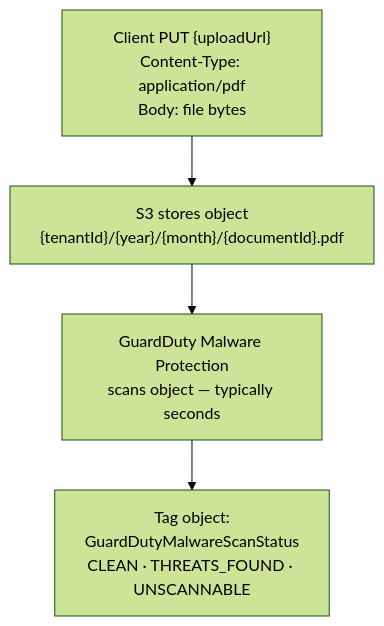
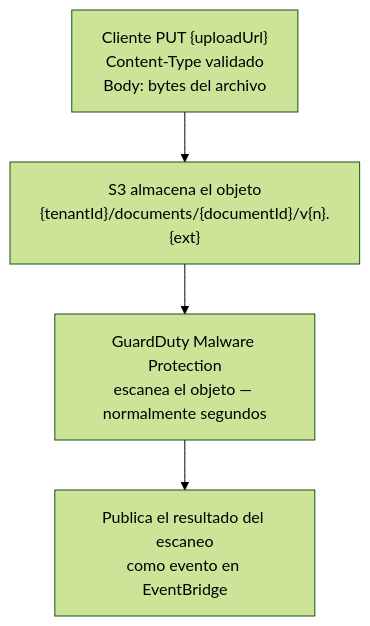
The third of 6 diagrams in docs/data-flow.md (cincuentaydos/DocLens.Docs), drawn with Mermaid (forest theme) before and after one commit. The commit also changed other lines of this file and 25 other files, not shown here.

````diff
--- a/docs/data-flow.md
+++ b/docs/data-flow.md
@@ -91,6 +86,6 @@
 ```mermaid
 flowchart TD
-    A["Client PUT {uploadUrl}\nContent-Type: application/pdf\nBody: file bytes"] --> B["S3 stores object\n{tenantId}/{year}/{month}/{documentId}.pdf"]
-    B --> C["GuardDuty Malware Protection\nscans object — typically seconds"]
-    C --> D["Tag object:\nGuardDutyMalwareScanStatus\nCLEAN · THREATS_FOUND · UNSCANNABLE"]
+    A["Cliente PUT {uploadUrl}\nContent-Type validado\nBody: bytes del archivo"] --> B["S3 almacena el objeto\n{tenantId}/documents/{documentId}/v{n}.{ext}"]
+    B --> C["GuardDuty Malware Protection\nescanea el objeto — normalmente segundos"]
+    C --> D["Publica el resultado del escaneo\ncomo evento en EventBridge"]
 ```
````
